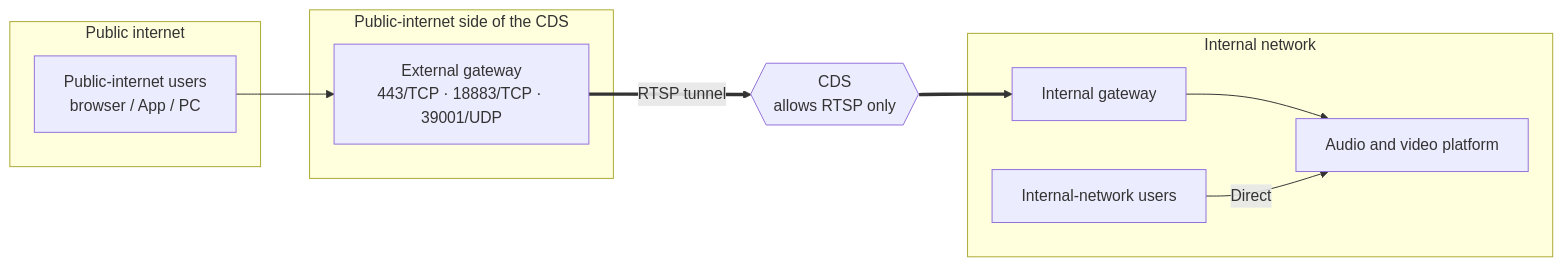
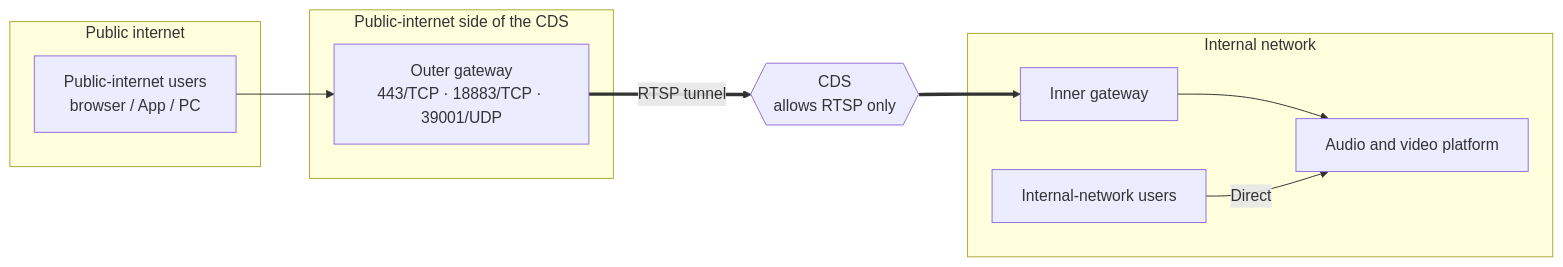
Before and after one commit to seastart/stmlink-docs: the first of 2 diagrams in en/product/deploy/optical-gap.md, drawn with Mermaid. The commit also changed other lines of this file and 10 other files, not shown here.

````diff
--- a/en/product/deploy/optical-gap.md
+++ b/en/product/deploy/optical-gap.md
@@ -16,24 +16,24 @@
 ```mermaid
 flowchart LR
     subgraph EXT["Public internet"]
         U1["Public-internet users<br/>browser / App / PC"]
     end
 
     subgraph DMZ["Public-internet side of the CDS"]
-        OG["External gateway<br/>443/TCP · 18883/TCP · 39001/UDP"]
+        OG["Outer gateway<br/>443/TCP · 18883/TCP · 39001/UDP"]
     end
 
     GAP{{"CDS<br/>allows RTSP only"}}
 
     subgraph IN["Internal network"]
-        IG["Internal gateway"]
+        IG["Inner gateway"]
         PF["Audio and video platform"]
         I1["Internal-network users"]
     end
 
     U1 --> OG
     OG == "RTSP tunnel" ==> GAP
     GAP ==> IG
     IG --> PF
     I1 -- "Direct" --> PF
 ```
````
